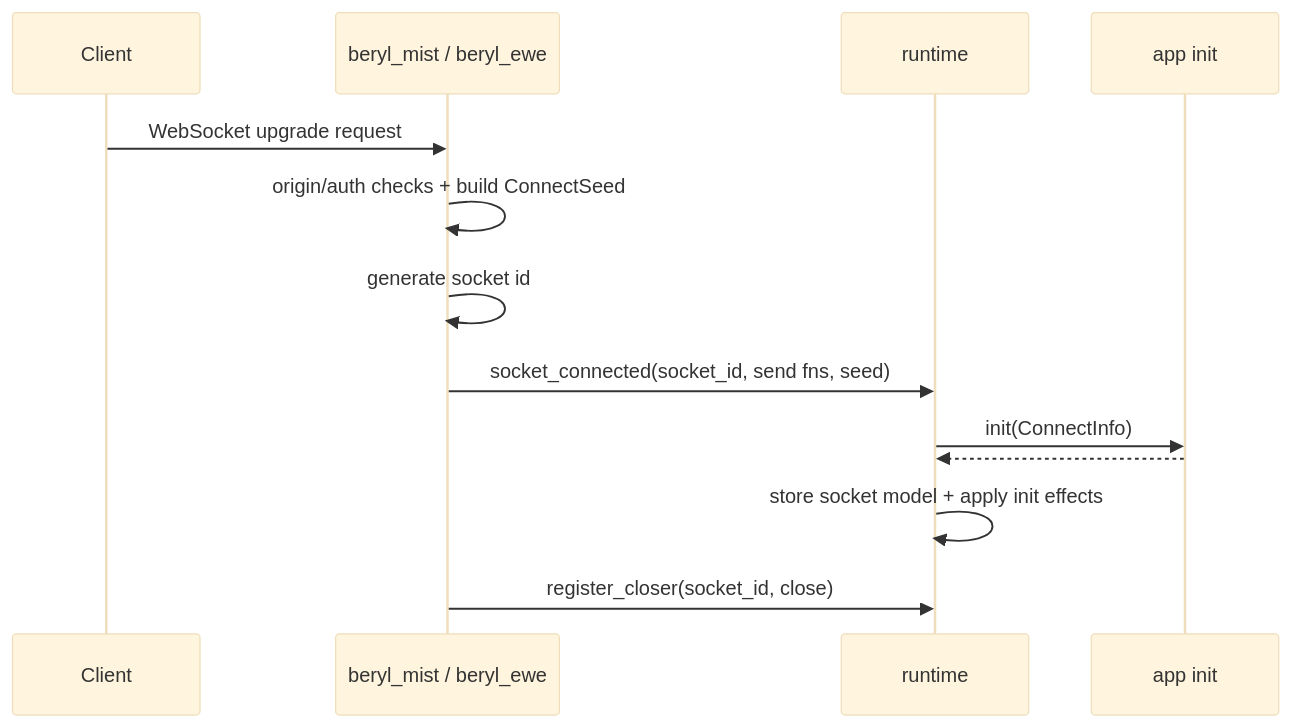
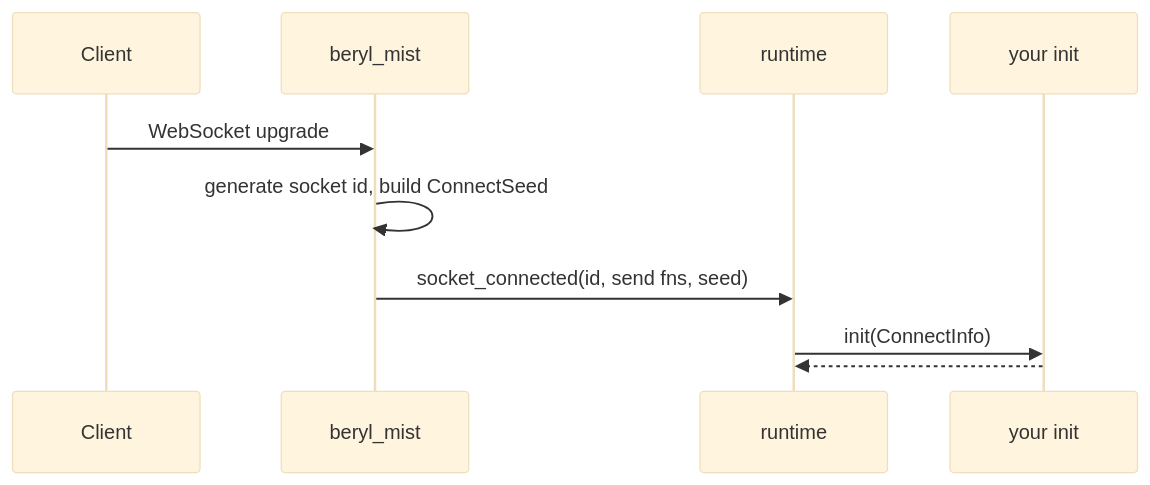
One commit to tylerbutler/beryl changed the first of 6 diagrams in website/src/content/docs/architecture/message-lifecycle.md. Above: the diagram before and after it, drawn with Mermaid (base theme). The commit also changed other lines of this file and 35 other files, not shown here.

````diff
--- a/website/src/content/docs/architecture/message-lifecycle.md
+++ b/website/src/content/docs/architecture/message-lifecycle.md
@@ -11,15 +11,12 @@
 ```mermaid
 sequenceDiagram
   participant Client
-  participant Transport as beryl_mist / beryl_ewe
-  participant Runtime as runtime
-  participant App as app init
-  Client->>Transport: WebSocket upgrade request
-  Transport->>Transport: origin/auth checks + build ConnectSeed
-  Transport->>Transport: generate socket id
-  Transport->>Runtime: socket_connected(socket_id, send fns, seed)
-  Runtime->>App: init(ConnectInfo)
-  App-->>Runtime: #(model, init effects)
-  Runtime->>Runtime: store socket model + apply init effects
-  Transport->>Runtime: register_closer(socket_id, close)
+  participant Mist as beryl_mist
+  participant RT as runtime
+  participant App as your init
+  Client->>Mist: WebSocket upgrade
+  Mist->>Mist: generate socket id, build ConnectSeed
+  Mist->>RT: socket_connected(id, send fns, seed)
+  RT->>App: init(ConnectInfo)
+  App-->>RT: #(model, effects)
 ```
````
